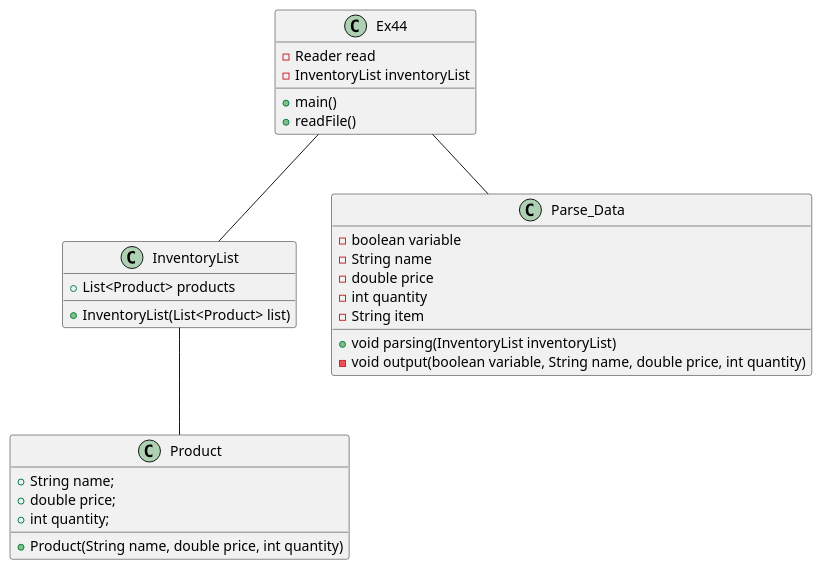
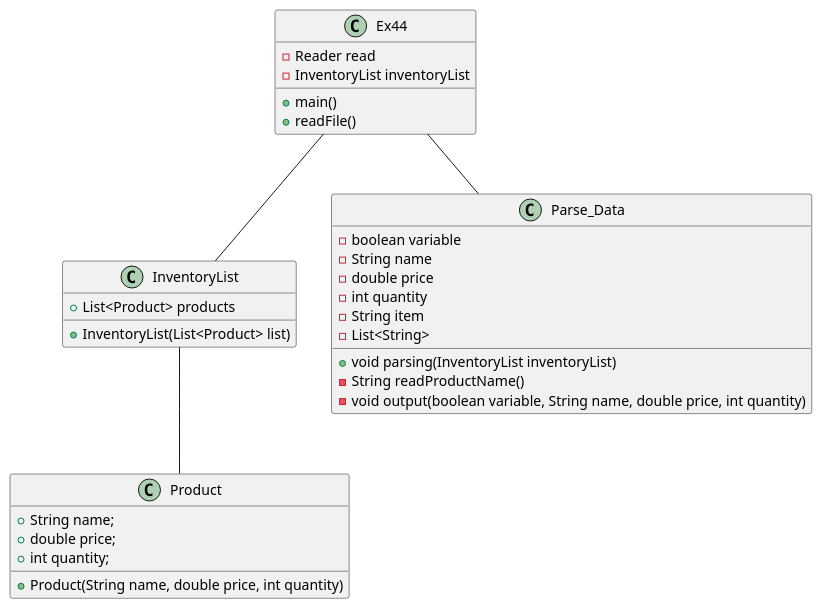
The diagram in src/main/java/oop/example/Ex44/Ex44_UML.puml (Kmullens1/mullens-cop3330-assignment3), drawn with PlantUML before and after one commit. The commit also changed 2 other files, not shown here.

```diff
--- a/src/main/java/oop/example/Ex44/Ex44_UML.puml
+++ b/src/main/java/oop/example/Ex44/Ex44_UML.puml
@@ -1,41 +1,43 @@
 @startuml
 'https://plantuml.com/sequence-diagram
 
 class Ex44{
     - Reader read
     - InventoryList inventoryList
 
     + main()
     + readFile()
 }
 
 class InventoryList{
     +List<Product> products
 
     +InventoryList(List<Product> list)
 }
 
 class Product{
     + String name;
     + double price;
     + int quantity;
 
     +Product(String name, double price, int quantity)
 }
 
 Class Parse_Data{
      - boolean variable
      - String name
      - double price
      - int quantity
      - String item
+     - List<String>
 
     + void parsing(InventoryList inventoryList)
+    - String readProductName()
     - void output(boolean variable, String name, double price, int quantity)
 }
 
 Ex44 -- InventoryList
 Ex44 -- Parse_Data
 InventoryList -- Product
 
 @enduml
```
